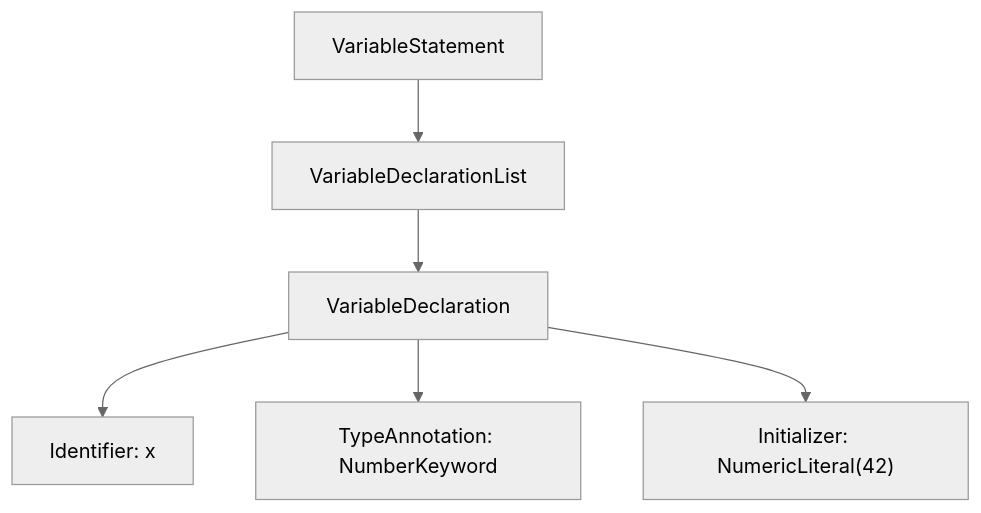
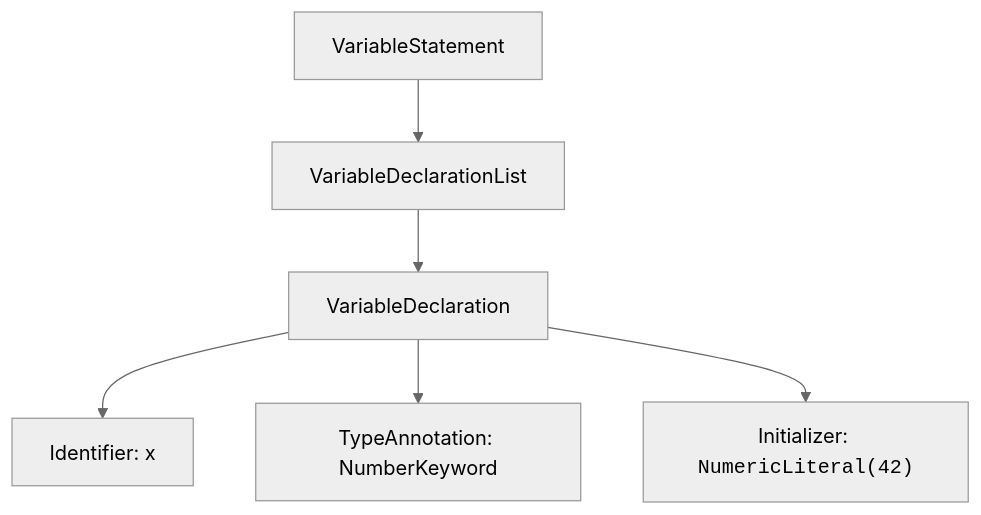
Before and after one commit to dataslope/dataslope: the second of 3 diagrams in content/courses/typescript-from-scratch/how-typescript-works.mdx, drawn with Mermaid (neutral theme). The commit also changed other lines of this file and 65 other files, not shown here.

First line of the commit message:
Set code in every mermaid label in the mono face

````diff
--- a/content/courses/typescript-from-scratch/how-typescript-works.mdx
+++ b/content/courses/typescript-from-scratch/how-typescript-works.mdx
@@ -173,8 +173,8 @@
 ```mermaid
 flowchart TD
     A[VariableStatement] --> B[VariableDeclarationList]
     B --> C[VariableDeclaration]
     C --> D["Identifier: x"]
     C --> E["TypeAnnotation: NumberKeyword"]
-    C --> F["Initializer: NumericLiteral(42)"]
+    C --> F["Initializer: <code>NumericLiteral(42)</code>"]
 ```
````
